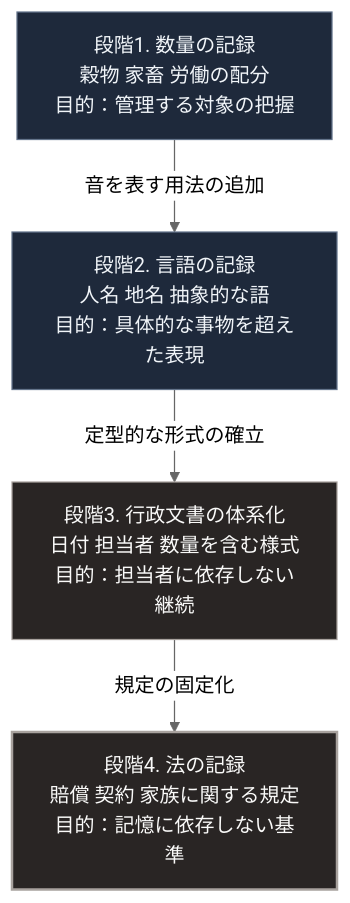
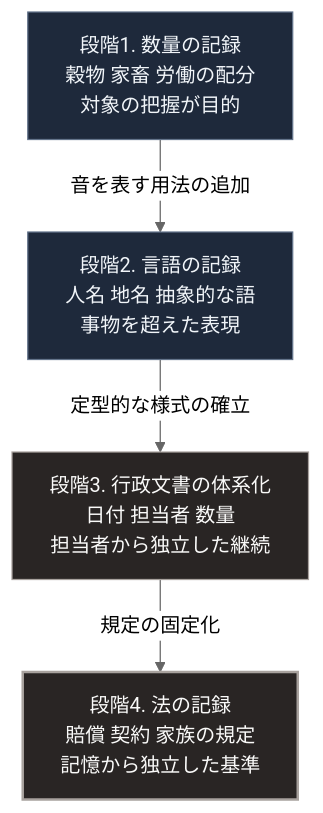
One commit to Takenori-Kusaka/zenn-content changed the diagram in books/sovereign-resilience-blueprint/11_writing-administrative-legibility.md. Above: the diagram before and after it, drawn with Mermaid (neutral theme). The commit also changed other lines of this file and 114 other files, not shown here.

````diff
--- a/books/sovereign-resilience-blueprint/11_writing-administrative-legibility.md
+++ b/books/sovereign-resilience-blueprint/11_writing-administrative-legibility.md
@@ -67,12 +67,12 @@
 ```mermaid
 flowchart TD
-    A[段階1. 数量の記録<br>穀物 家畜 労働の配分<br>目的：管理する対象の把握]
-    A -->|音を表す用法の追加| B[段階2. 言語の記録<br>人名 地名 抽象的な語<br>目的：具体的な事物を超えた表現]
-    B -->|定型的な形式の確立| C[段階3. 行政文書の体系化<br>日付 担当者 数量を含む様式<br>目的：担当者に依存しない継続]
-    C -->|規定の固定化| D[段階4. 法の記録<br>賠償 契約 家族に関する規定<br>目的：記憶に依存しない基準]
+    A[段階1. 数量の記録<br>穀物 家畜 労働の配分<br>対象の把握が目的]
+    A -->|音を表す用法の追加| B[段階2. 言語の記録<br>人名 地名 抽象的な語<br>事物を超えた表現]
+    B -->|定型的な様式の確立| C[段階3. 行政文書の体系化<br>日付 担当者 数量<br>担当者から独立した継続]
+    C -->|規定の固定化| D[段階4. 法の記録<br>賠償 契約 家族の規定<br>記憶から独立した基準]
 
     style A fill:#1e293b,stroke:#64748b,color:#f1f5f9
     style B fill:#1e293b,stroke:#64748b,color:#f1f5f9
     style C fill:#292524,stroke:#a8a29e,color:#fafaf9
     style D fill:#292524,stroke:#a8a29e,stroke-width:2px,color:#fafaf9
 ```
````
